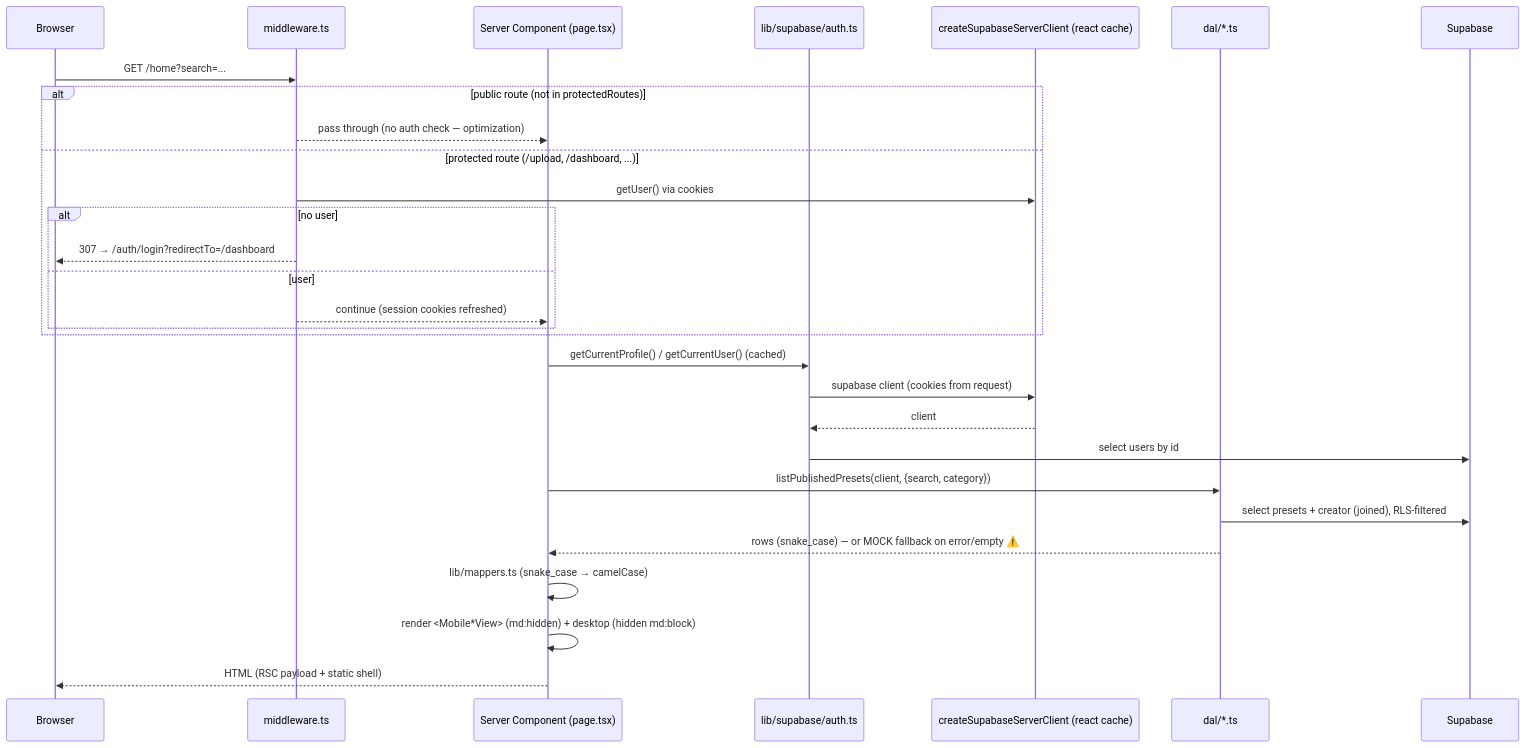
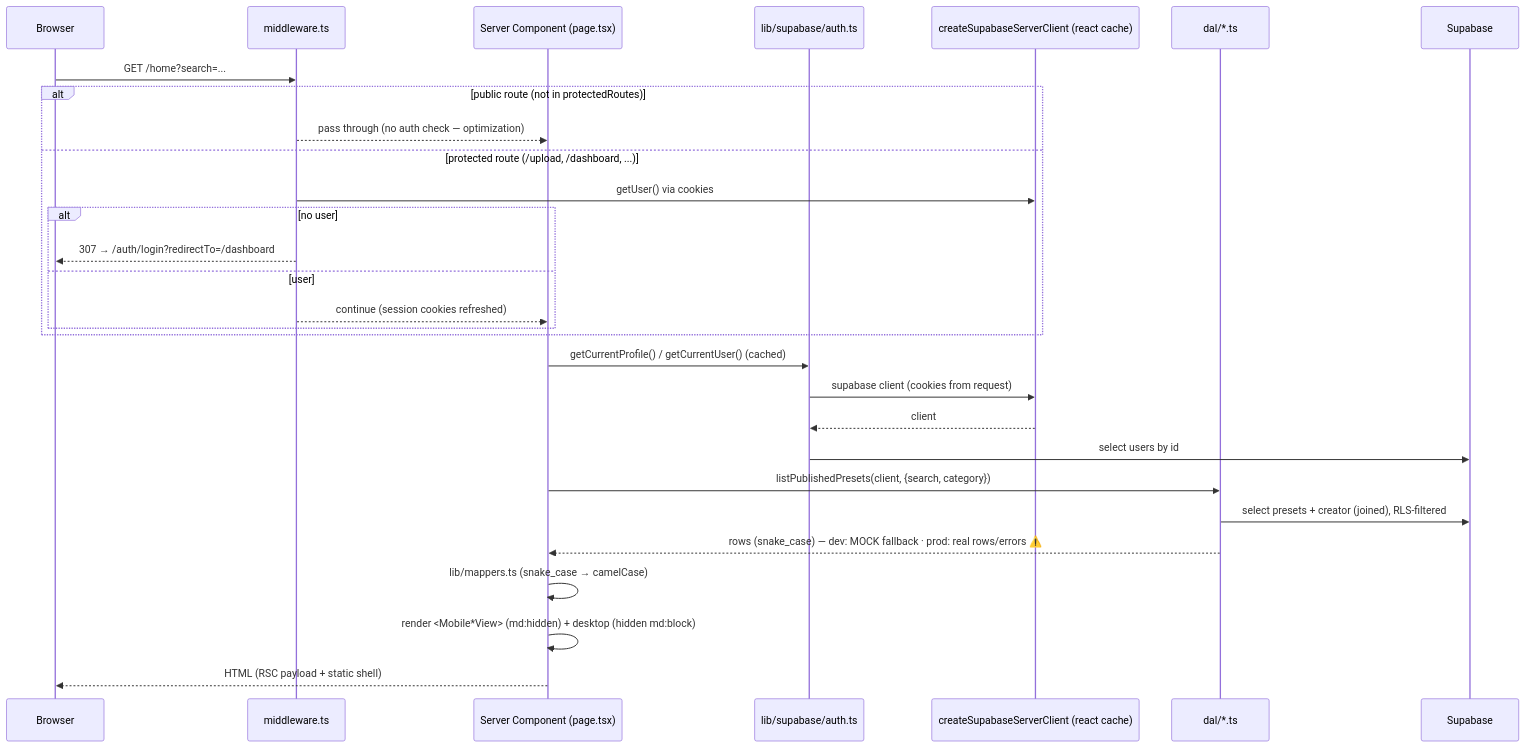
One commit to anonimBRO-design/AMHUB changed the second of 16 diagrams in ARCHITECTURE.md. Above: the diagram before and after it, drawn with Mermaid. The commit also changed other lines of this file and 9 other files, not shown here.

First line of the commit message:
fix(dal): env-gate mock fallback so production never serves fake data

````diff
--- a/ARCHITECTURE.md
+++ b/ARCHITECTURE.md
@@ -97,32 +97,32 @@
 ```mermaid
 sequenceDiagram
     participant B as Browser
     participant M as middleware.ts
     participant P as Server Component (page.tsx)
     participant A as lib/supabase/auth.ts
     participant C as createSupabaseServerClient (react cache)
     participant D as dal/*.ts
     participant DB as Supabase
 
     B->>M: GET /home?search=...
     alt public route (not in protectedRoutes)
         M-->>P: pass through (no auth check — optimization)
     else protected route (/upload, /dashboard, ...)
         M->>C: getUser() via cookies
         alt no user
             M-->>B: 307 → /auth/login?redirectTo=/dashboard
         else user
             M-->>P: continue (session cookies refreshed)
         end
     end
     P->>A: getCurrentProfile() / getCurrentUser() (cached)
     A->>C: supabase client (cookies from request)
     C-->>A: client
     A->>DB: select users by id
     P->>D: listPublishedPresets(client, {search, category})
     D->>DB: select presets + creator (joined), RLS-filtered
-    D-->>P: rows (snake_case) — or MOCK fallback on error/empty ⚠️
+    D-->>P: rows (snake_case) — dev: MOCK fallback · prod: real rows/errors ⚠️
     P->>P: lib/mappers.ts (snake_case → camelCase)
     P->>P: render <Mobile*View> (md:hidden) + desktop (hidden md:block)
     P-->>B: HTML (RSC payload + static shell)
 ```
````
